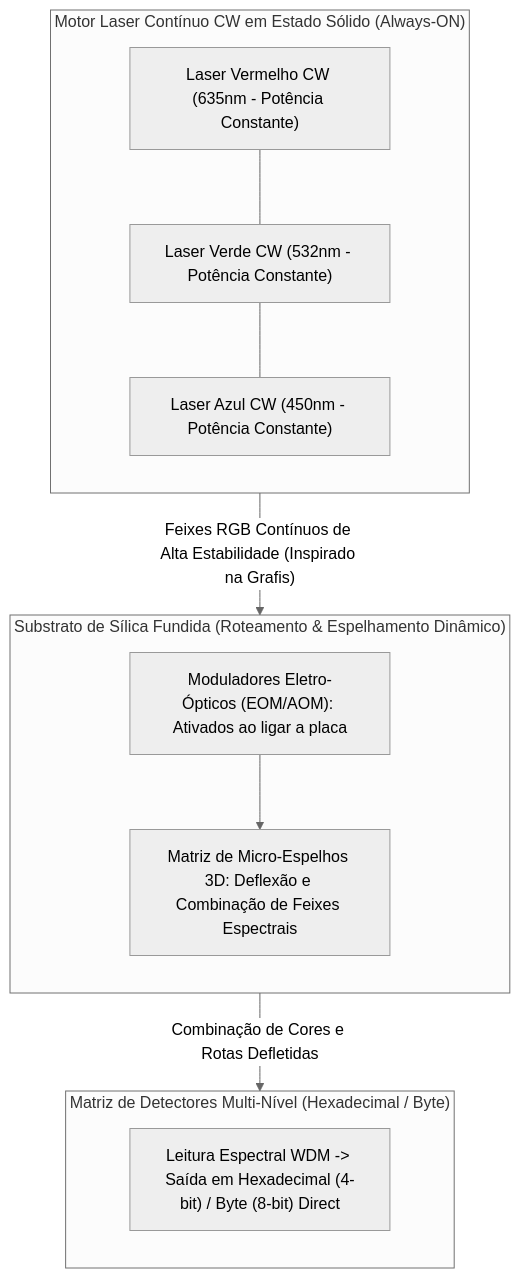
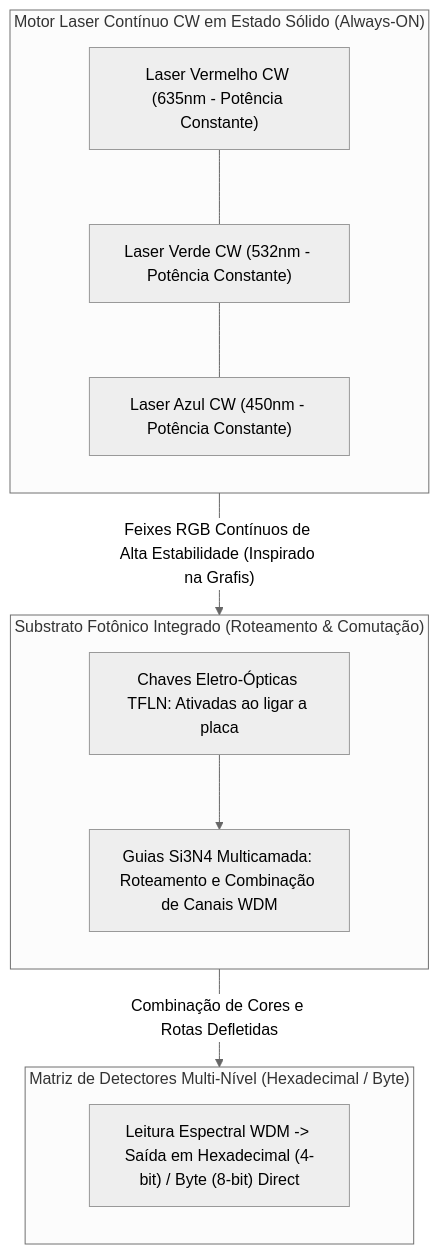
One commit to Roliveira96/SilicaCore changed the diagram in docs/architecture/09-canhoes-laser-continuos-cw-e-codificacao-multi-nivel.md. Above: the diagram before and after it, drawn with Mermaid (neutral theme). The commit also changed other lines of this file and 10 other files, not shown here.

First line of the commit message:
docs(architecture): alinhar docs 01-10 a simulacao e adotar substrato de geometria agnostica

````diff
--- a/docs/architecture/09-canhoes-laser-continuos-cw-e-codificacao-multi-nivel.md
+++ b/docs/architecture/09-canhoes-laser-continuos-cw-e-codificacao-multi-nivel.md
@@ -24,25 +26,25 @@
 ```mermaid
 flowchart TD
     subgraph SolidStateCWEngine["Motor Laser Contínuo CW em Estado Sólido (Always-ON)"]
         direction TB
         LaserR["Laser Vermelho CW (635nm - Potência Constante)"]
         LaserG["Laser Verde CW (532nm - Potência Constante)"]
         LaserB["Laser Azul CW (450nm - Potência Constante)"]
         LaserR --- LaserG --- LaserB
     end
 
-    subgraph CuboSilica["Substrato de Sílica Fundida (Roteamento & Espelhamento Dinâmico)"]
+    subgraph SubstratoFotonico["Substrato Fotônico Integrado (Roteamento & Comutação)"]
         direction TB
-        Moduladores["Moduladores Eletro-Ópticos (EOM/AOM): Ativados ao ligar a placa"]
-        Espelhos3D["Matriz de Micro-Espelhos 3D: Deflexão e Combinação de Feixes Espectrais"]
+        Moduladores["Chaves Eletro-Ópticas TFLN: Ativadas ao ligar a placa"]
+        Espelhos3D["Guias Si3N4 Multicamada: Roteamento e Combinação de Canais WDM"]
         Moduladores --> Espelhos3D
     end
 
     subgraph DetectoresMArio["Matriz de Detectores Multi-Nível (Hexadecimal / Byte)"]
         direction TB
         SensorHex["Leitura Espectral WDM -> Saída em Hexadecimal (4-bit) / Byte (8-bit) Direct"]
     end
 
-    SolidStateCWEngine -- "Feixes RGB Contínuos de Alta Estabilidade (Inspirado na Grafis)" --> CuboSilica
-    CuboSilica -- "Combinação de Cores e Rotas Defletidas" --> DetectoresMArio
+    SolidStateCWEngine -- "Feixes RGB Contínuos de Alta Estabilidade (Inspirado na Grafis)" --> SubstratoFotonico
+    SubstratoFotonico -- "Combinação de Cores e Rotas Defletidas" --> DetectoresMArio
 ```
````
